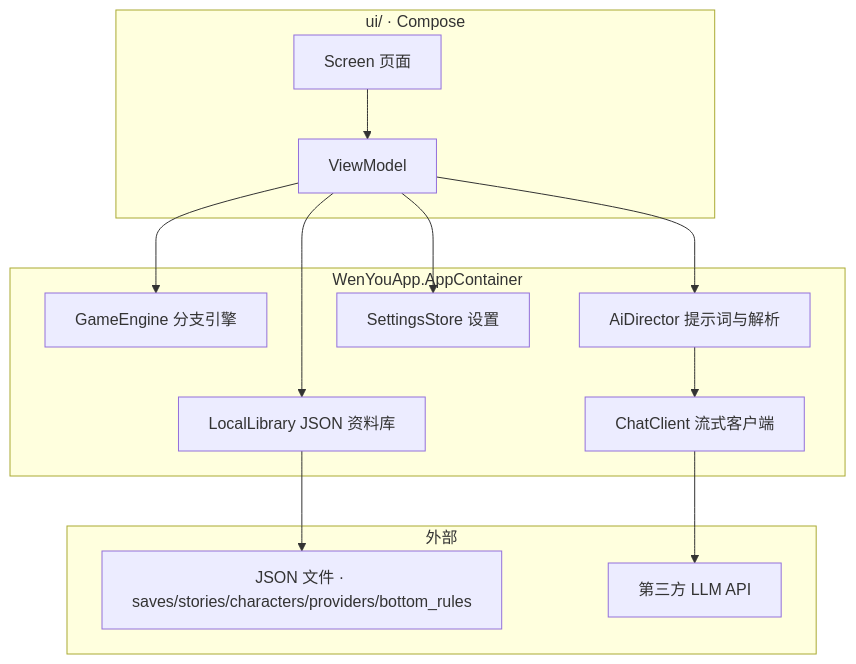
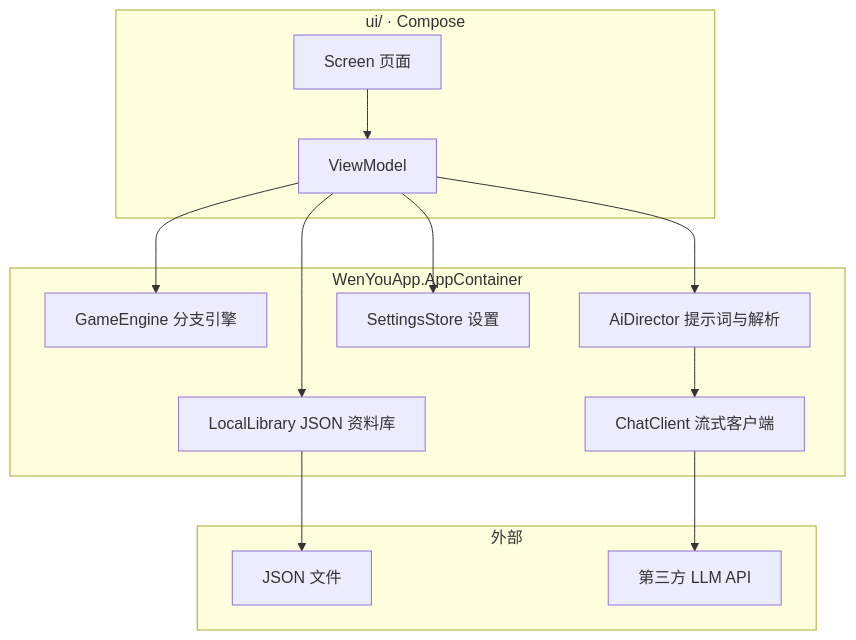
Before and after one commit to wangmikuwang/HongXu-Android: the first of 3 diagrams in README.md, drawn with Mermaid. The commit also changed other lines of this file and 6 other files, not shown here.

````diff
--- a/README.md
+++ b/README.md
@@ -212,29 +141,29 @@
 ```mermaid
 flowchart TB
     subgraph UI["ui/ · Compose"]
         S[Screen 页面]
         VM[ViewModel]
     end
 
     subgraph CORE["WenYouApp.AppContainer"]
         ENG[GameEngine 分支引擎]
         DIR[AiDirector 提示词与解析]
         CL[ChatClient 流式客户端]
         LIB[LocalLibrary JSON 资料库]
         ST[SettingsStore 设置]
     end
 
     subgraph EXT["外部"]
-        F[JSON 文件 · saves/stories/characters/providers/bottom_rules]
+        F[JSON 文件]
         API[第三方 LLM API]
     end
 
     S --> VM
     VM --> ENG
     VM --> DIR
     VM --> LIB
     VM --> ST
     DIR --> CL
     LIB --> F
     CL --> API
 ```
````
